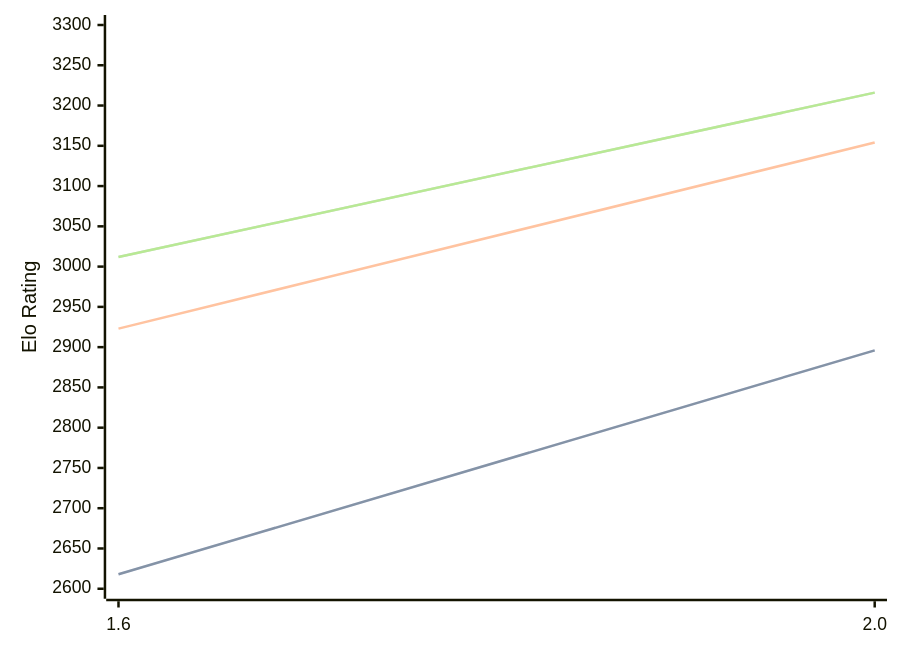
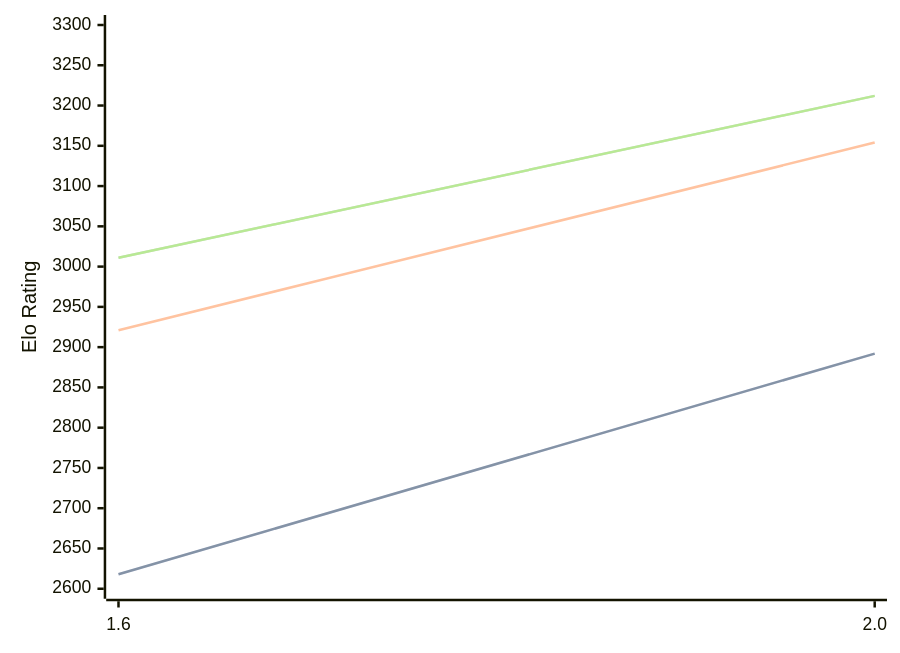
The diagram in engines/Onyx.md (computer-chess-index/cci), drawn with Mermaid before and after one commit. The commit also changed other lines of this file, not shown here.

Commit message:
Update CCI Ratings (ELO VLTC) - 2026-08-02

````diff
--- a/engines/Onyx.md
+++ b/engines/Onyx.md
@@ -32,11 +32,11 @@
 ```mermaid
 %%{init: {"theme":"base","themeVariables":{"seriesColors:['#a3a3a3','#222221','#faa371']}}}%%
 xychart-beta
   x-axis ["1.6", "2.0"]
   y-axis "Elo Rating" 2600 --> 3300
-  line "STC (8.0+0.08s)" [2618, 2896]
-  line "STC (8.0+0.08s)" [2618, 2896]
-  line "LTC (60.0+0.60s)" [2923, 3154]
-  line "VLTC (2m24s+1.12s)" [3012, 3216]
-  line "VLTC (2m24s+1.12s)" [3012, 3216]
+  line "STC (8.0+0.08s)" [2618, 2892]
+  line "STC (8.0+0.08s)" [2618, 2892]
+  line "LTC (60.0+0.60s)" [2921, 3154]
+  line "VLTC (2m24s+1.12s)" [3011, 3212]
+  line "VLTC (2m24s+1.12s)" [3011, 3212]
 ```
````
